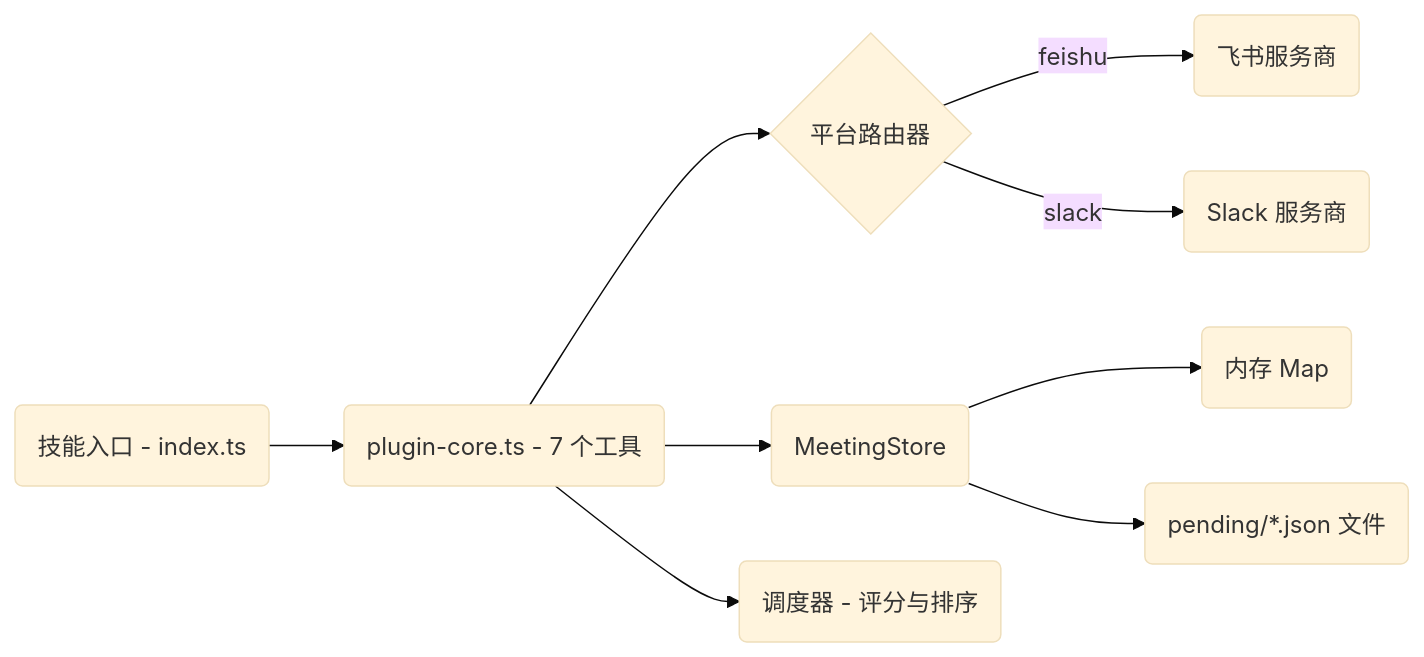
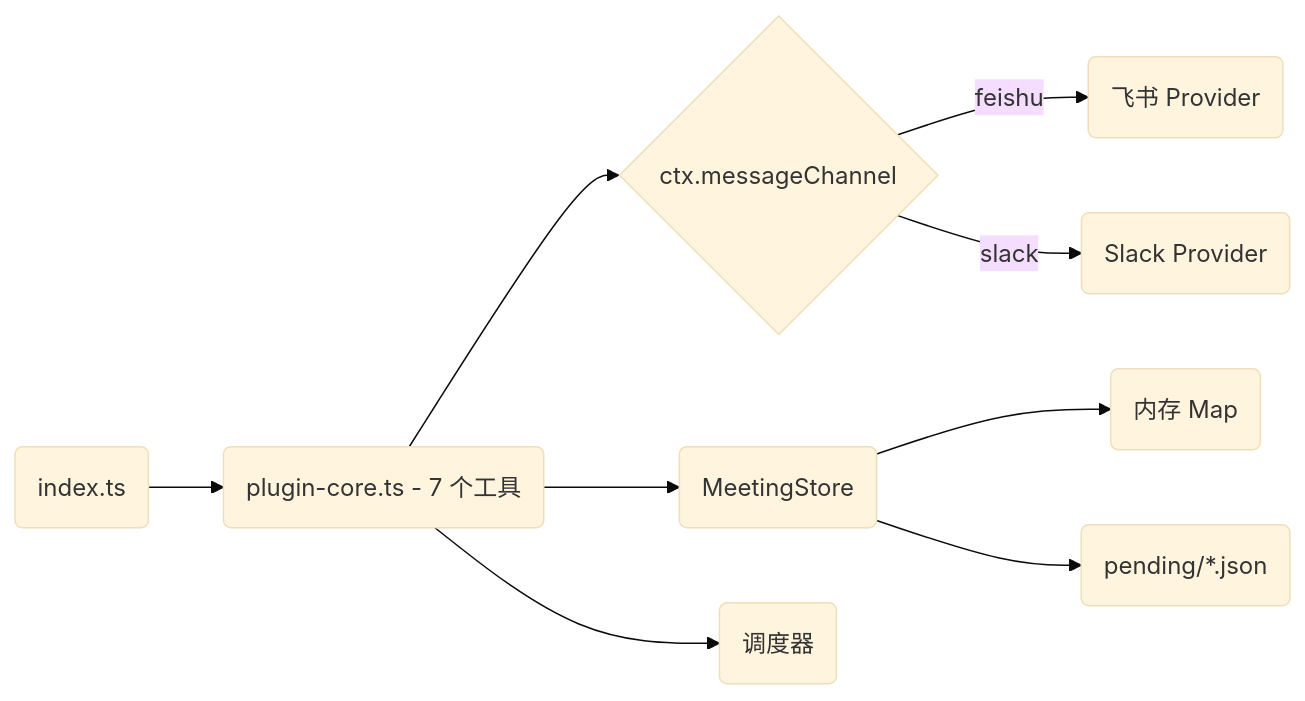
The third of 7 diagrams in README.zh-CN.md (javana3/claw_meeting_all), drawn with Mermaid (base theme) before and after one commit. The commit also changed other lines of this file and 4 other files, not shown here.

````diff
--- a/README.zh-CN.md
+++ b/README.zh-CN.md
@@ -63,11 +90,11 @@
 ```mermaid
 graph LR
-    A(技能入口 - index.ts) --> B(plugin-core.ts - 7 个工具)
-    B --> C{平台路由器}
-    C -->|feishu| D(飞书服务商)
-    C -->|slack| E(Slack 服务商)
-    B --> F(MeetingStore)
-    F --> G(内存 Map)
-    F --> H(pending/*.json 文件)
-    B --> I(调度器 - 评分与排序)
+    IDX(index.ts) --> CORE(plugin-core.ts - 7 个工具)
+    CORE --> ROUTER{ctx.messageChannel}
+    ROUTER -->|feishu| LP(飞书 Provider)
+    ROUTER -->|slack| SP(Slack Provider)
+    CORE --> STORE(MeetingStore)
+    STORE --> MEM(内存 Map)
+    STORE --> DISK(pending/*.json)
+    CORE --> SCH(调度器)
 ```
````
